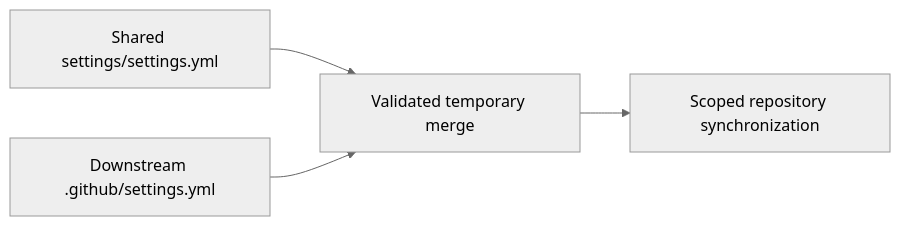
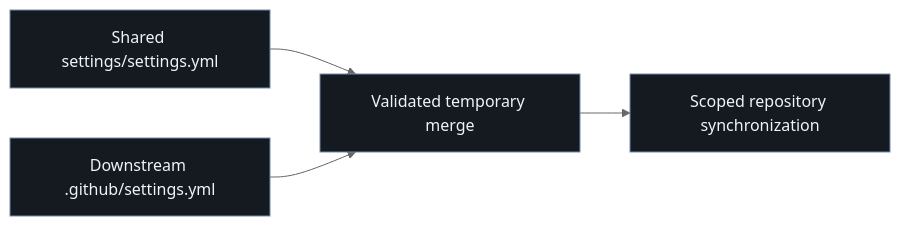
One commit to astrivant/.github changed the diagram in .github/review-evidence/organization-settings/work.mmd. Above: the diagram before and after it, drawn with Mermaid (neutral theme). The commit also changed 1 other file, not shown here.

Commit message:
Use the reviewed organization palette for policy work graphs

```diff
--- a/.github/review-evidence/organization-settings/work.mmd
+++ b/.github/review-evidence/organization-settings/work.mmd
@@ -1,4 +1,5 @@
 flowchart LR
   defaults["Shared settings/settings.yml"] --> merge["Validated temporary merge"]
   project["Downstream .github/settings.yml"] --> merge
   merge --> sync["Scoped repository synchronization"]
+classDef default fill:#151920,stroke:#728cb0,color:#f1f4f7;
```
